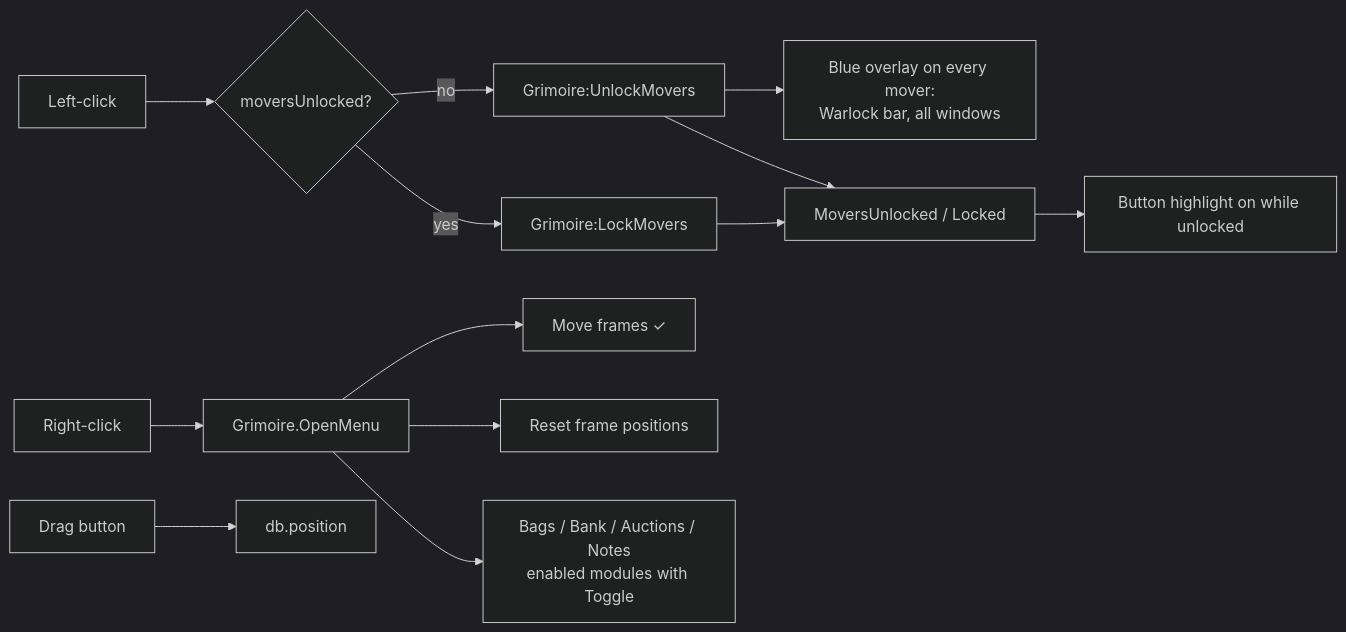
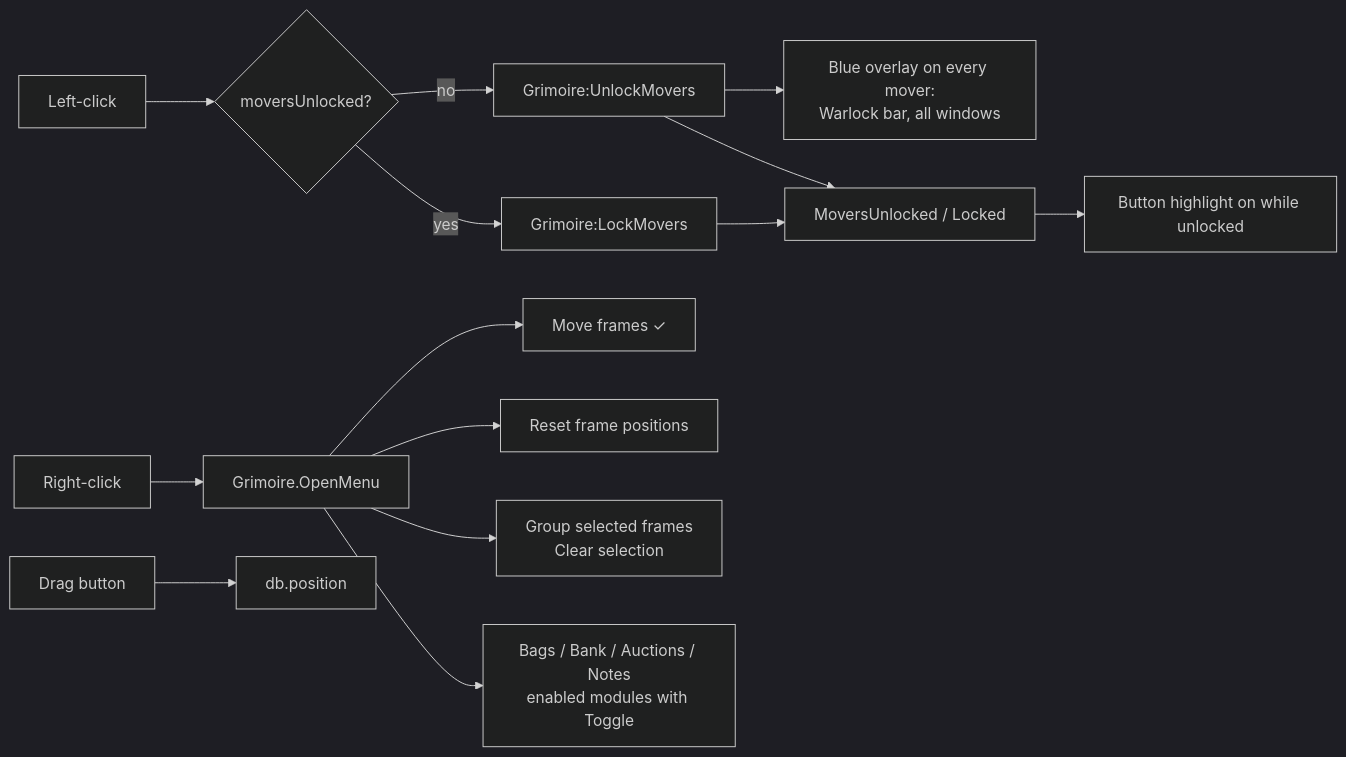
The second of 2 diagrams in docs/features/launcher/README.md (PhillypHenning/grimoire), drawn with Mermaid (dark theme) before and after one commit. The commit also changed other lines of this file and 26 other files, not shown here.

````diff
--- a/docs/features/launcher/README.md
+++ b/docs/features/launcher/README.md
@@ -24,12 +24,13 @@
 ```mermaid
 flowchart LR
     L[Left-click] --> T{moversUnlocked?}
     T -- no --> U[Grimoire:UnlockMovers] --> O[Blue overlay on every mover:<br/>Warlock bar, all windows]
     T -- yes --> K[Grimoire:LockMovers]
     R[Right-click] --> Menu[Grimoire.OpenMenu]
     Menu --> M1[Move frames ✓]
     Menu --> M2[Reset frame positions]
+    Menu --> M4[Group selected frames<br/>Clear selection]
     Menu --> M3[Bags / Bank / Auctions / Notes<br/>enabled modules with Toggle]
     D[Drag button] --> S[db.position]
     U & K --> CB[MoversUnlocked / Locked] --> H[Button highlight on while unlocked]
 ```
````
